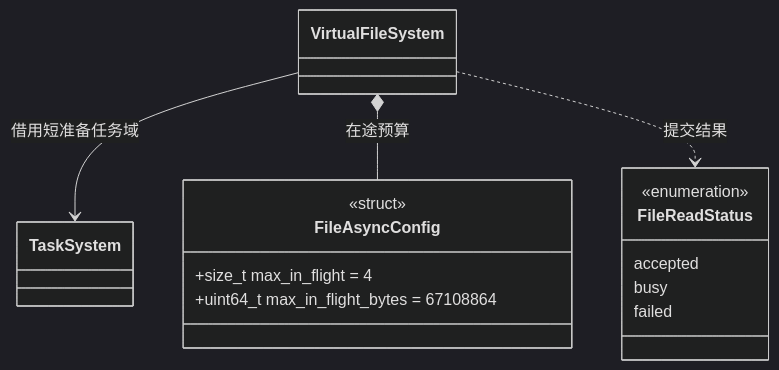
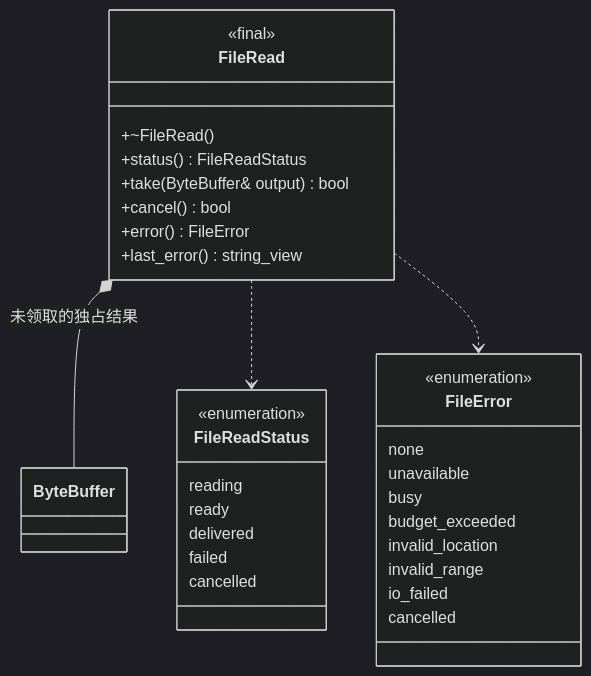
The second of 2 diagrams in docs/runtime/class-diagrams/virtual-file-system.md (lcals/Engine), drawn with Mermaid (dark theme) before and after one commit. The commit also changed other lines of this file and 391 other files, not shown here.

````diff
--- a/docs/runtime/class-diagrams/virtual-file-system.md
+++ b/docs/runtime/class-diagrams/virtual-file-system.md
@@ -63,19 +69,35 @@
 ```mermaid
 classDiagram
-    class VirtualFileSystem
-    class TaskSystem
-    class FileAsyncConfig {
-        <<struct>>
-        +size_t max_in_flight = 4
-        +uint64_t max_in_flight_bytes = 67108864
+    class FileRead {
+        <<final>>
+        +~FileRead()
+        +status() FileReadStatus
+        +take(ByteBuffer& output) bool
+        +cancel() bool
+        +error() FileError
+        +last_error() string_view
     }
     class FileReadStatus {
         <<enumeration>>
-        accepted
+        reading
+        ready
+        delivered
+        failed
+        cancelled
+    }
+    class FileError {
+        <<enumeration>>
+        none
+        unavailable
         busy
-        failed
+        budget_exceeded
+        invalid_location
+        invalid_range
+        io_failed
+        cancelled
     }
-    VirtualFileSystem --> TaskSystem : 借用短准备任务域
-    VirtualFileSystem *-- FileAsyncConfig : 在途预算
-    VirtualFileSystem ..> FileReadStatus : 提交结果
+    class ByteBuffer
+    FileRead *-- ByteBuffer : 未领取的独占结果
+    FileRead ..> FileReadStatus
+    FileRead ..> FileError
 ```
````
